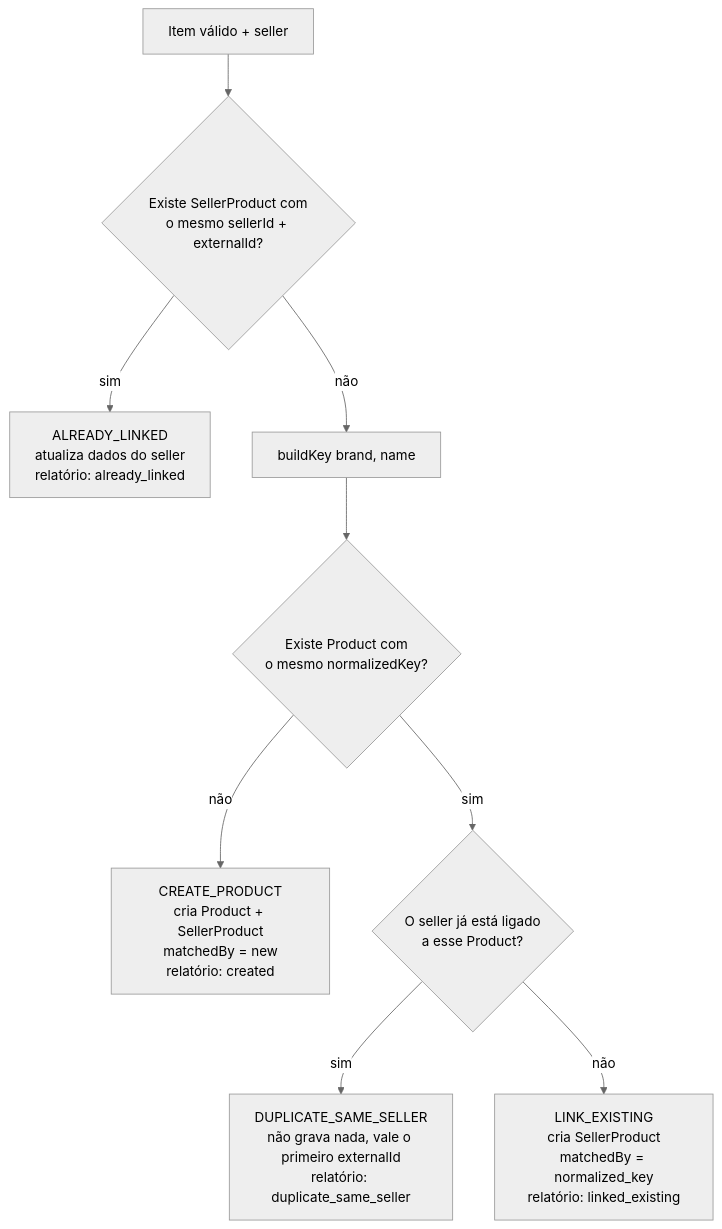
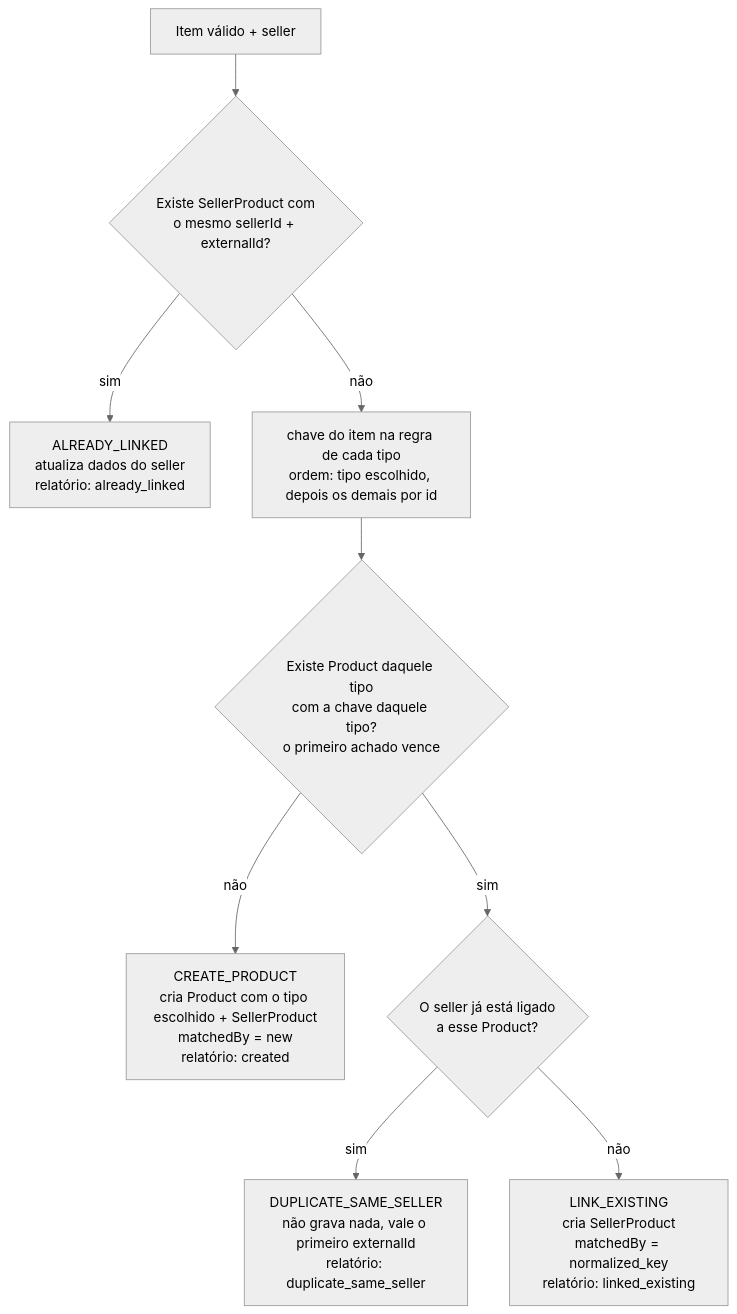
Before and after one commit to JoaoLucas698/vtex-assessment: the second of 2 diagrams in docs/modules/catalog-import.md, drawn with Mermaid (neutral theme). The commit also changed other lines of this file and 5 other files, not shown here.

````diff
--- a/docs/modules/catalog-import.md
+++ b/docs/modules/catalog-import.md
@@ -127,11 +152,11 @@
 ```mermaid
 flowchart TD
     A[Item válido + seller] --> B{Existe SellerProduct com<br/>o mesmo sellerId + externalId?}
     B -- sim --> C[ALREADY_LINKED<br/>atualiza dados do seller<br/>relatório: already_linked]
-    B -- não --> D[buildKey brand, name]
-    D --> E{Existe Product com<br/>o mesmo normalizedKey?}
-    E -- não --> F[CREATE_PRODUCT<br/>cria Product + SellerProduct<br/>matchedBy = new<br/>relatório: created]
+    B -- não --> D[chave do item na regra de cada tipo<br/>ordem: tipo escolhido, depois os demais por id]
+    D --> E{Existe Product daquele tipo<br/>com a chave daquele tipo?<br/>o primeiro achado vence}
+    E -- não --> F[CREATE_PRODUCT<br/>cria Product com o tipo escolhido + SellerProduct<br/>matchedBy = new<br/>relatório: created]
     E -- sim --> G{O seller já está ligado<br/>a esse Product?}
     G -- sim --> H[DUPLICATE_SAME_SELLER<br/>não grava nada, vale o primeiro externalId<br/>relatório: duplicate_same_seller]
     G -- não --> I[LINK_EXISTING<br/>cria SellerProduct<br/>matchedBy = normalized_key<br/>relatório: linked_existing]
 ```
````
